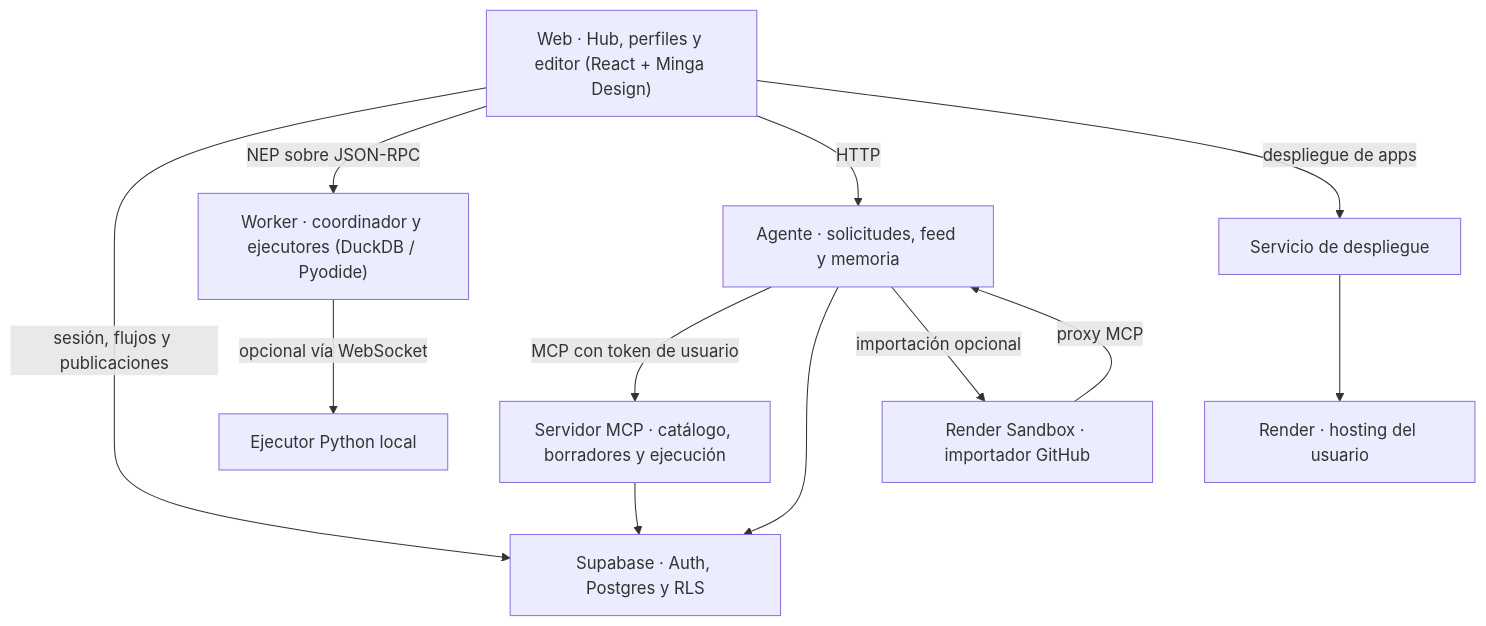
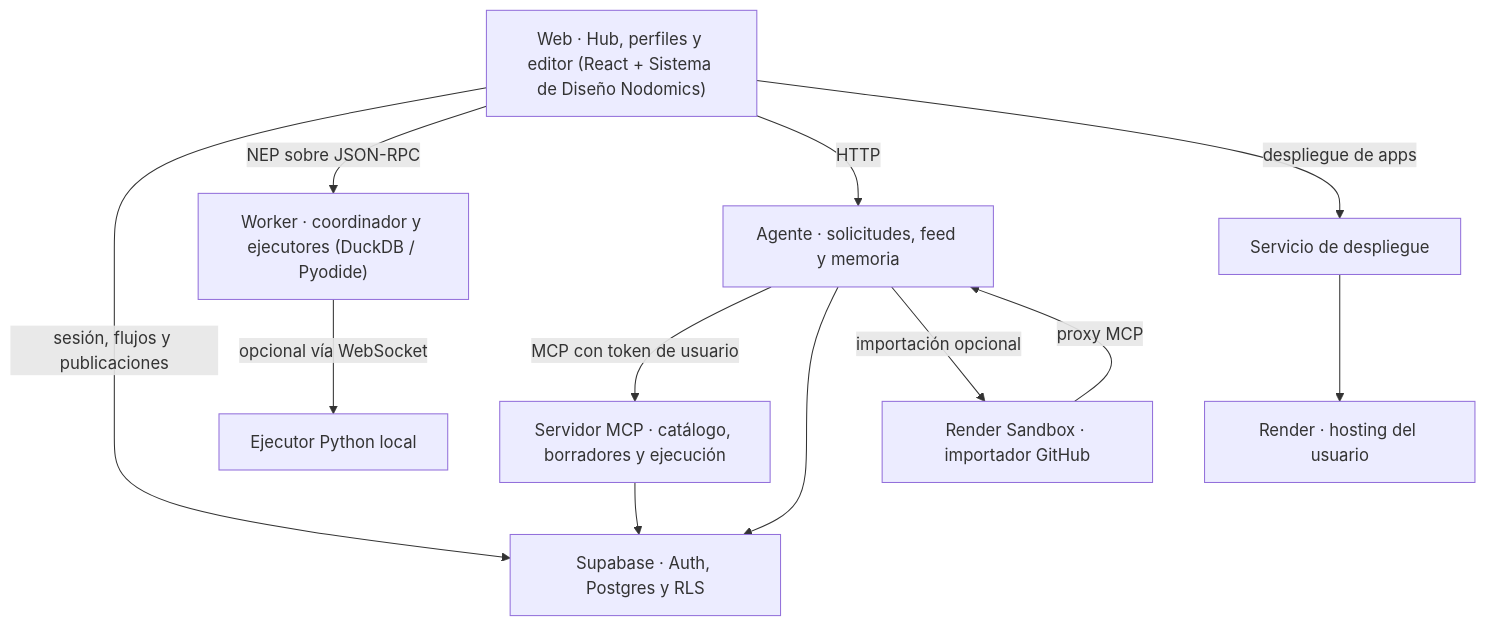
Before and after one commit to platanus-hack/platanus-hack-26-cl-team-48: the diagram in docs/02-concepto-producto.md, drawn with Mermaid. The commit also changed other lines of this file and 1 other file, not shown here.

Commit message:
docs(brand): ensure project name is consistently Nodomics across concept and use case docs

````diff
--- a/docs/02-concepto-producto.md
+++ b/docs/02-concepto-producto.md
@@ -60,14 +60,14 @@
 ```mermaid
 flowchart TD
-    UI["Web · Hub, perfiles y editor (React + Minga Design)"] -->|sesión, flujos y publicaciones| DB["Supabase · Auth, Postgres y RLS"]
+    UI["Web · Hub, perfiles y editor (React + Sistema de Diseño Nodomics)"] -->|sesión, flujos y publicaciones| DB["Supabase · Auth, Postgres y RLS"]
     UI -->|NEP sobre JSON-RPC| B["Worker · coordinador y ejecutores (DuckDB / Pyodide)"]
     B -->|opcional vía WebSocket| P["Ejecutor Python local"]
     UI -->|HTTP| A["Agente · solicitudes, feed y memoria"]
     A -->|MCP con token de usuario| M["Servidor MCP · catálogo, borradores y ejecución"]
     M --> DB
     A --> DB
     A -->|importación opcional| S["Render Sandbox · importador GitHub"]
     S -->|proxy MCP| A
     UI -->|despliegue de apps| D["Servicio de despliegue"]
     D --> R["Render · hosting del usuario"]
 ```
````
